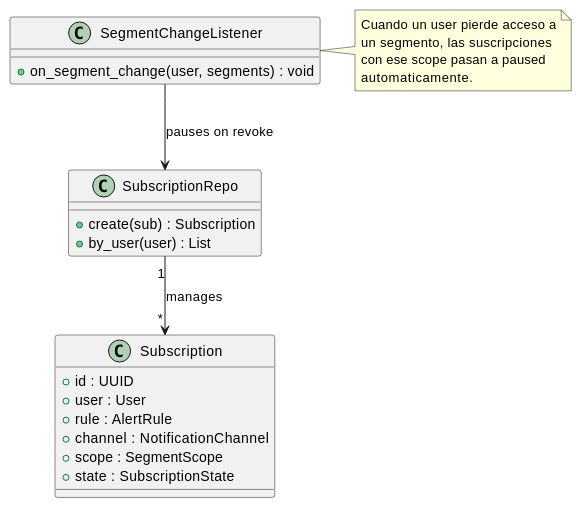
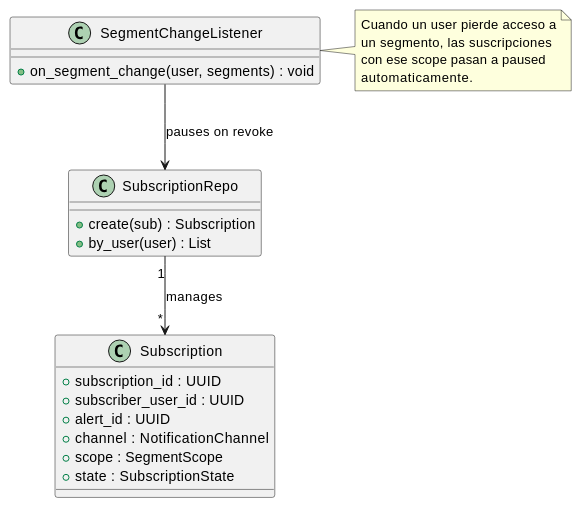
The diagram in source/requisitos/casos-uso/alerts/uc-alr-05/diagramas-uml/diagrama-de-clases.rst (jcg-admin/IACT-docs), drawn with PlantUML before and after one commit. The commit also changed 7 other files, not shown here.

```diff
--- a/source/requisitos/casos-uso/alerts/uc-alr-05/diagramas-uml/diagrama-de-clases.rst
+++ b/source/requisitos/casos-uso/alerts/uc-alr-05/diagramas-uml/diagrama-de-clases.rst
@@ -6,34 +6,34 @@
 .. uml::
  :caption: UC_ALR_05 — clases de Subscription.
 
  @startuml
 
  class Subscription {
-   + id : UUID
-   + user : User
-   + rule : AlertRule
+   + subscription_id : UUID
+   + subscriber_user_id : UUID
+   + alert_id : UUID
    + channel : NotificationChannel
    + scope : SegmentScope
    + state : SubscriptionState
  }
 
  class SubscriptionRepo {
    + create(sub) : Subscription
    + by_user(user) : List
  }
 
  class SegmentChangeListener {
    + on_segment_change(user, segments) : void
  }
 
  SubscriptionRepo "1" --> "*" Subscription : manages
  SegmentChangeListener --> SubscriptionRepo : pauses on revoke
 
  note right of SegmentChangeListener
    Cuando un user pierde acceso a
    un segmento, las suscripciones
    con ese scope pasan a paused
    automaticamente.
  end note
 
  @enduml
```
